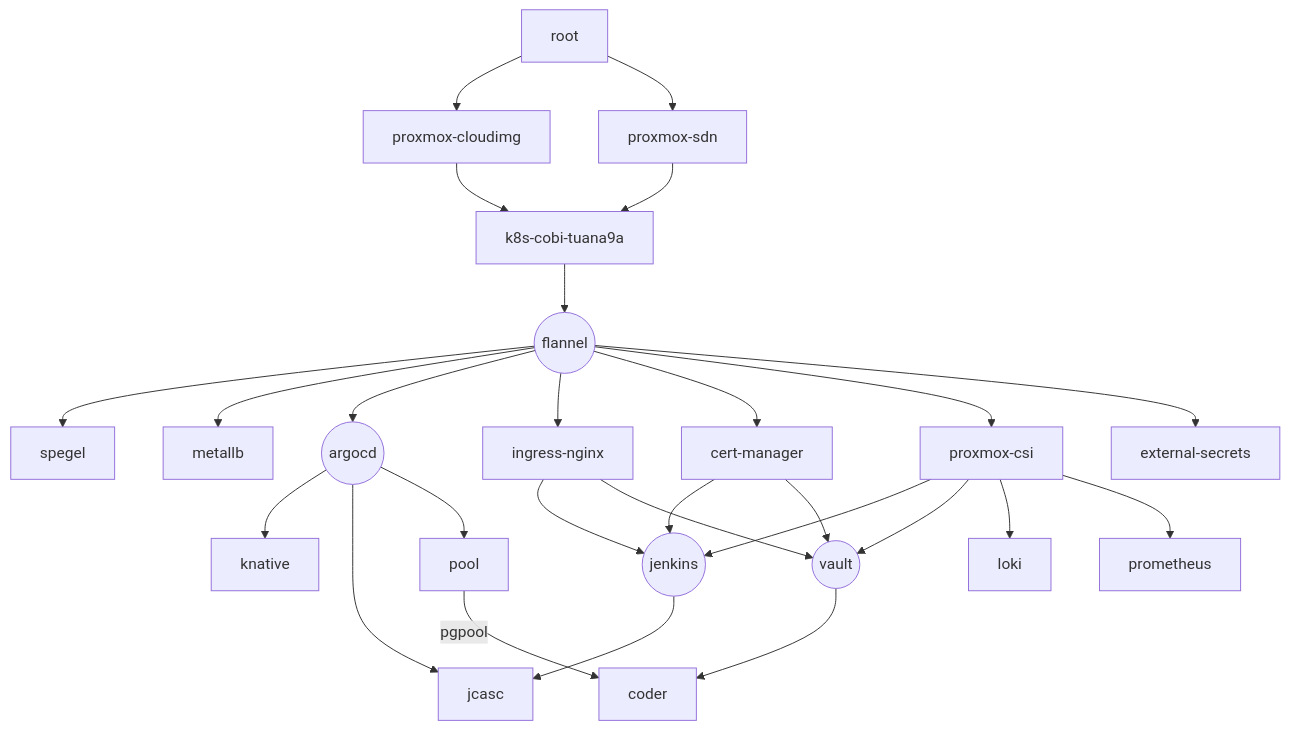
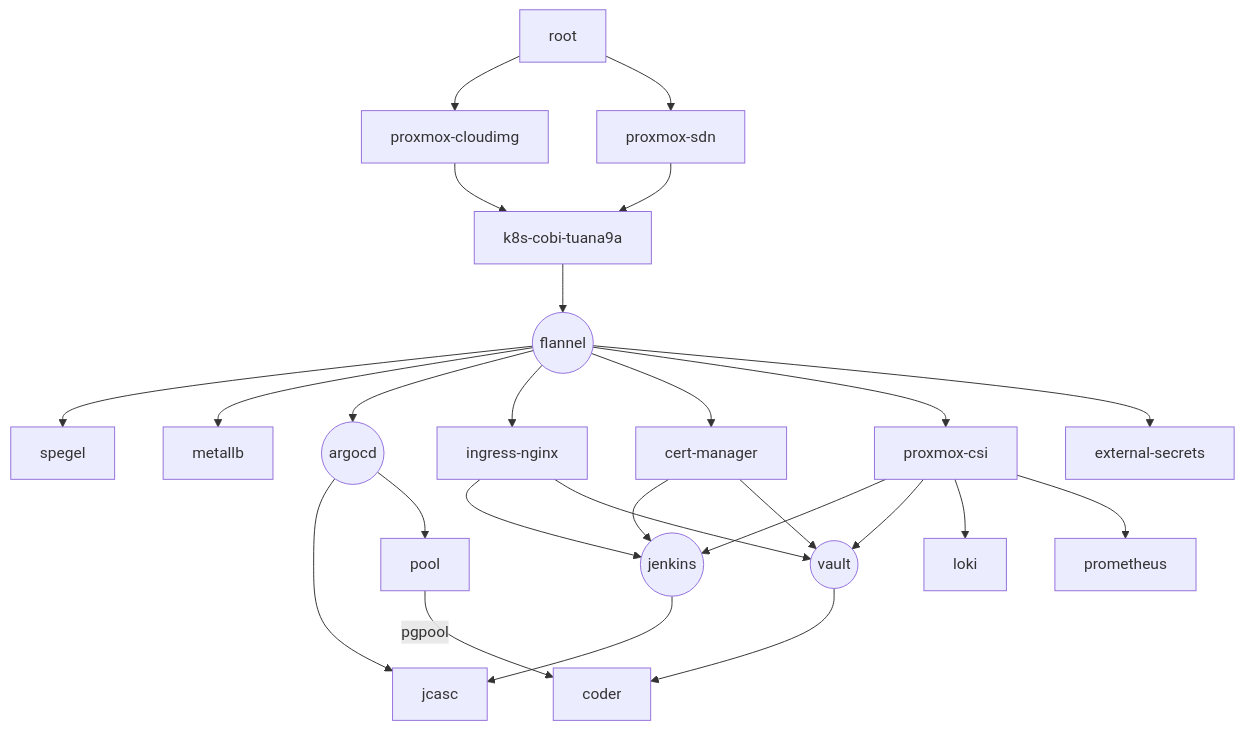
Before and after one commit to tuana9a/platform: the diagram in README.md, drawn with Mermaid. The commit also changed other lines of this file and 15 other files, not shown here.

````diff
--- a/README.md
+++ b/README.md
@@ -30,37 +29,36 @@
 ```mermaid
 graph TB
     root --> 020-proxmox-cloudimg[proxmox-cloudimg]
     root --> 040-proxmox-sdn-neo[proxmox-sdn]
 
     020-proxmox-cloudimg --> 068[k8s-cobi-tuana9a]
     040-proxmox-sdn-neo --> 068
 
     068 --> 080-flannel((flannel))
 
     080-flannel --> 085-spegel[spegel]
     080-flannel --> 190-metallb[metallb]
     080-flannel --> 090-argocd((argocd))
     080-flannel --> 200-ingress-nginx[ingress-nginx]
     080-flannel --> 200-cert-manager[cert-manager]
     080-flannel --> 165-proxmox-csi[proxmox-csi]
     080-flannel --> 197-external-secrets[external-secrets]
 
     165-proxmox-csi --> 092-jenkins((jenkins))
     200-ingress-nginx --> 092-jenkins
     200-cert-manager --> 092-jenkins
     200-ingress-nginx --> 195-vault((vault))
     200-cert-manager --> 195-vault
     165-proxmox-csi --> 195-vault
 
     165-proxmox-csi --> 300-loki[loki]
     165-proxmox-csi --> 300-prometheus[prometheus]
 
-    090-argocd --> 210-knative[knative]
     090-argocd --> 093-jenkins-jcasc[jcasc]
     090-argocd --> 555-pool[pool]
 
     092-jenkins --> 093-jenkins-jcasc
 
     555-pool -- pgpool --> 502-coder[coder]
     195-vault --> 502-coder
 ```
````
